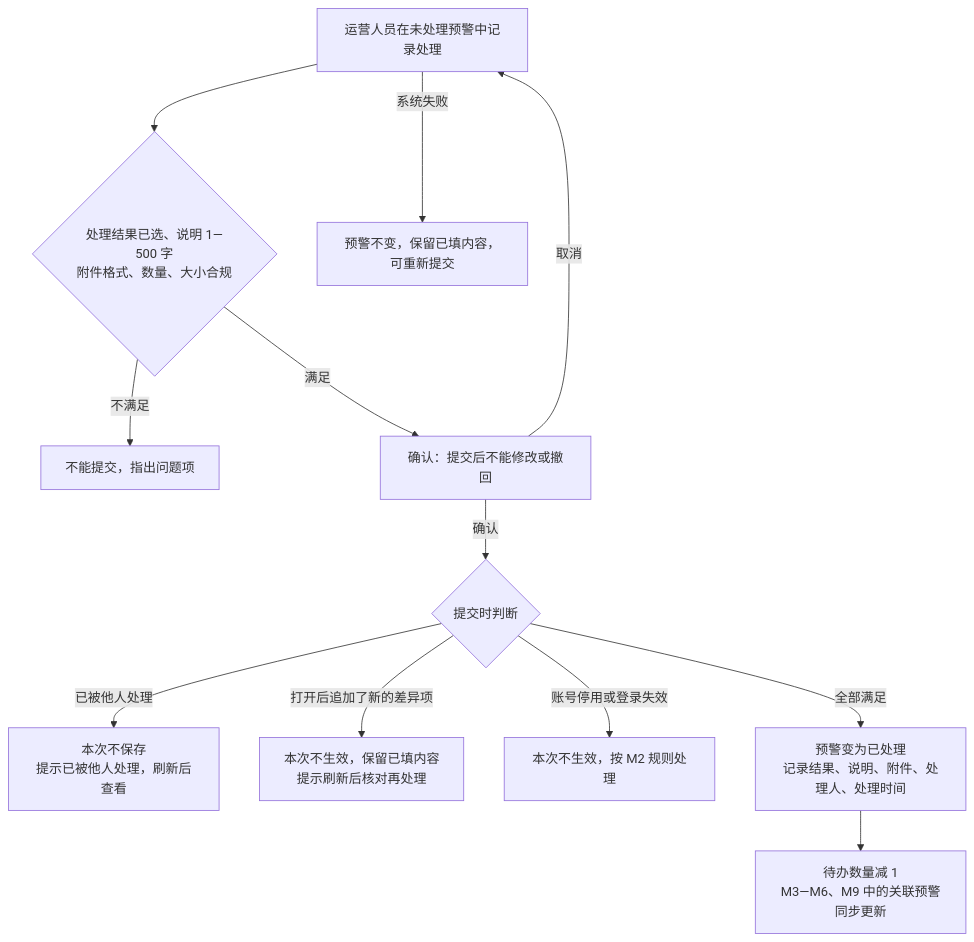
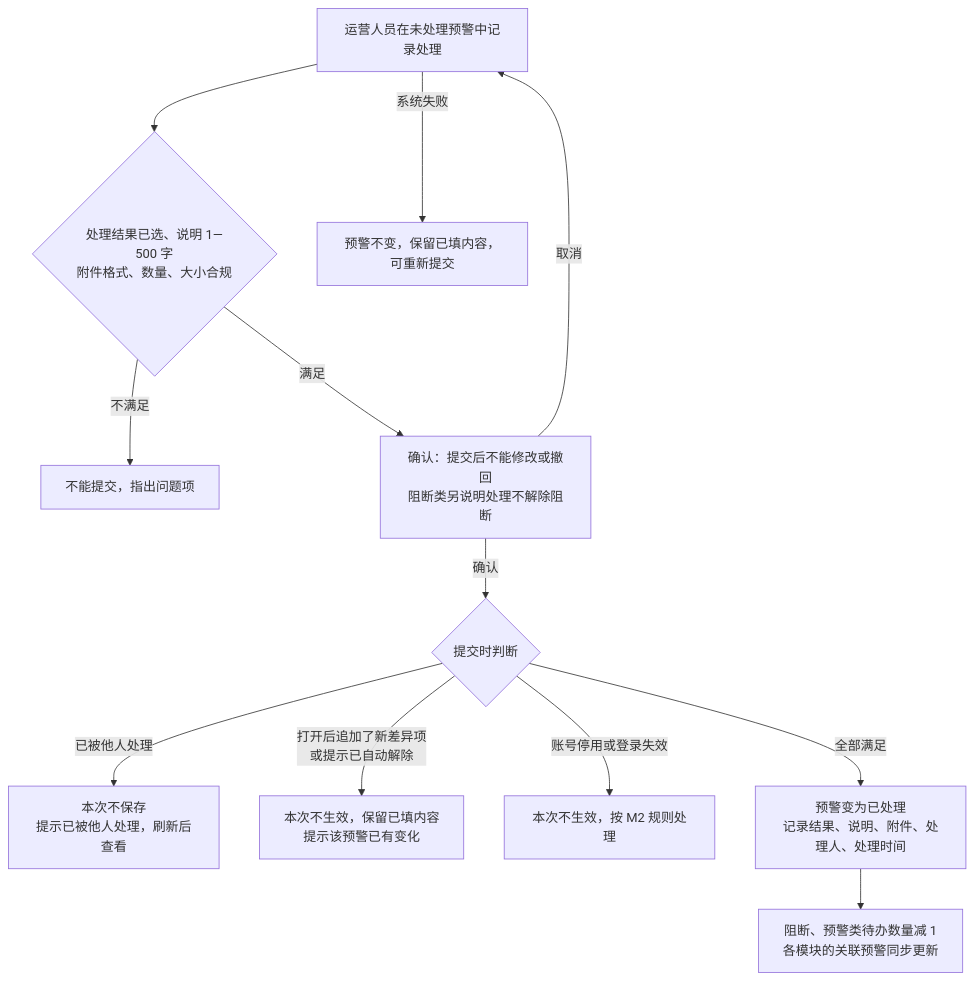
Before and after one commit to wxblockchain/Chain-Financing: the fourth of 7 diagrams in asset-trust-platform/PRD/运营端/M8-风控预警与三方数据源/02-风控预警与三方数据源-流程图与状态机.md, drawn with Mermaid. The commit also changed other lines of this file and 16 other files, not shown here.

````diff
--- a/asset-trust-platform/PRD/运营端/M8-风控预警与三方数据源/02-风控预警与三方数据源-流程图与状态机.md
+++ b/asset-trust-platform/PRD/运营端/M8-风控预警与三方数据源/02-风控预警与三方数据源-流程图与状态机.md
@@ -74,14 +72,14 @@
 ```mermaid
 flowchart TD
     A[运营人员在未处理预警中记录处理] --> B{处理结果已选、说明 1—500 字<br/>附件格式、数量、大小合规}
     B -->|不满足| B1[不能提交，指出问题项]
-    B -->|满足| C[确认：提交后不能修改或撤回]
+    B -->|满足| C[确认：提交后不能修改或撤回<br/>阻断类另说明处理不解除阻断]
     C -->|取消| A
     C -->|确认| D{提交时判断}
     D -->|已被他人处理| D1[本次不保存<br/>提示已被他人处理，刷新后查看]
-    D -->|打开后追加了新的差异项| D2[本次不生效，保留已填内容<br/>提示刷新后核对再处理]
+    D -->|打开后追加了新差异项<br/>或提示已自动解除| D2[本次不生效，保留已填内容<br/>提示该预警已有变化]
     D -->|账号停用或登录失效| D3[本次不生效，按 M2 规则处理]
     D -->|全部满足| E[预警变为已处理<br/>记录结果、说明、附件、处理人、处理时间]
-    E --> F[待办数量减 1<br/>M3—M6、M9 中的关联预警同步更新]
+    E --> F[阻断、预警类待办数量减 1<br/>各模块的关联预警同步更新]
     A -->|系统失败| G[预警不变，保留已填内容，可重新提交]
 ```
````
